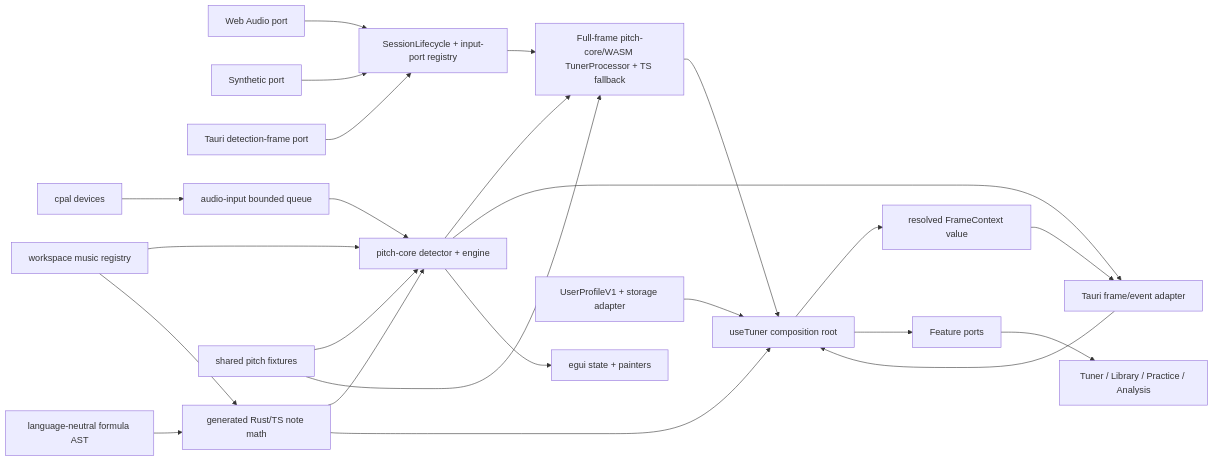
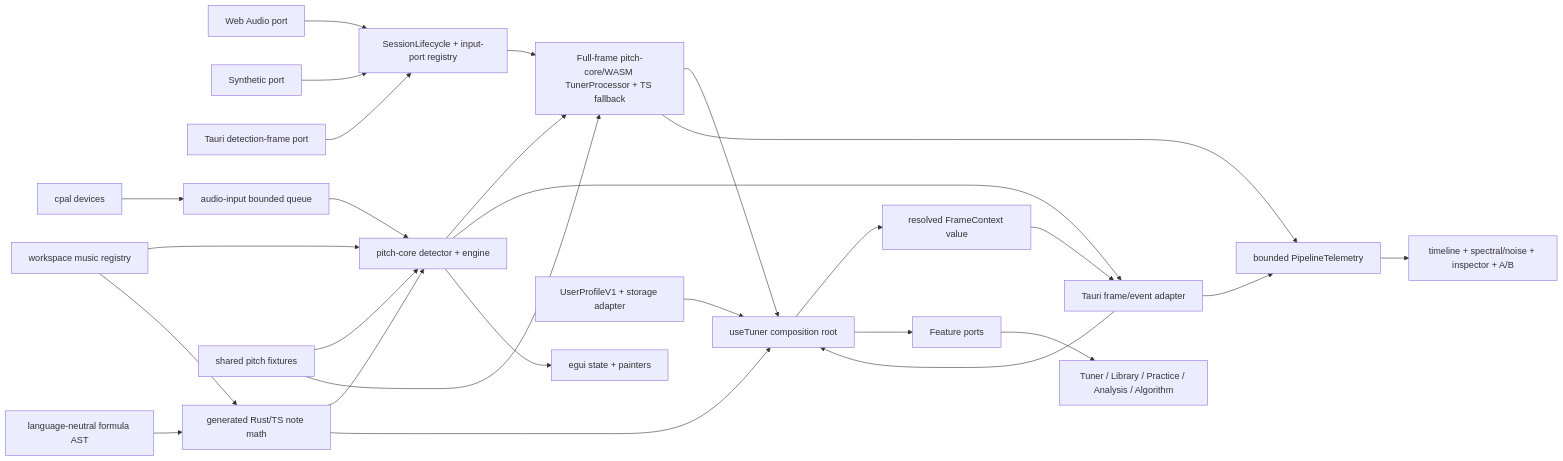
The diagram in ARCHITECTURE.md (themoretheless/tuner), drawn with Mermaid before and after one commit. The commit also changed other lines of this file and 4 other files, not shown here.

Commit message:
Document competitive research and roadmap

````diff
--- a/ARCHITECTURE.md
+++ b/ARCHITECTURE.md
@@ -42,26 +44,29 @@
 ```mermaid
 flowchart LR
   WebMic["Web Audio port"] --> WebSession["SessionLifecycle + input-port registry"]
   Synthetic["Synthetic port"] --> WebSession
   NativePort["Tauri detection-frame port"] --> WebSession
   WebSession --> WasmWorker["Full-frame pitch-core/WASM TunerProcessor + TS fallback"]
   Cpal["cpal devices"] --> AudioInput["audio-input bounded queue"]
   AudioInput --> Core["pitch-core detector + engine"]
   Core --> WasmWorker
   Core --> Tauri["Tauri frame/event adapter"]
   Core --> Egui["egui state + painters"]
   Registry["workspace music registry"] --> Core
   Registry --> GeneratedMath["generated Rust/TS note math"]
   FormulaAst["language-neutral formula AST"] --> GeneratedMath
   GeneratedMath --> Core
   GeneratedMath --> Composition
   Fixtures["shared pitch fixtures"] --> Core
   Fixtures --> WasmWorker
   WasmWorker --> Composition["useTuner composition root"]
   Tauri --> Composition
+  WasmWorker --> Telemetry["bounded PipelineTelemetry"]
+  Tauri --> Telemetry
+  Telemetry --> Diagnostics["timeline + spectral/noise + inspector + A/B"]
   Composition --> FrameContext["resolved FrameContext value"]
   FrameContext --> Tauri
   Profile["UserProfileV1 + storage adapter"] --> Composition
   Composition --> Ports["Feature ports"]
-  Ports --> Views["Tuner / Library / Practice / Analysis"]
+  Ports --> Views["Tuner / Library / Practice / Analysis / Algorithm"]
 ```
````
